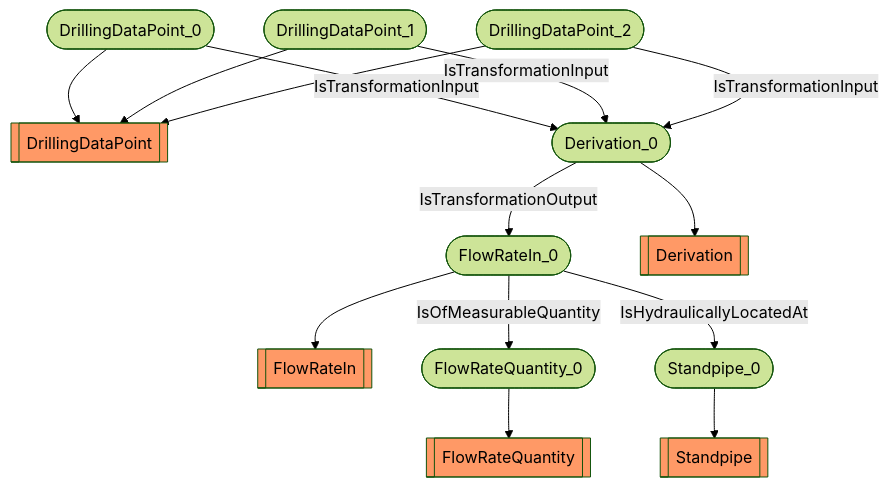
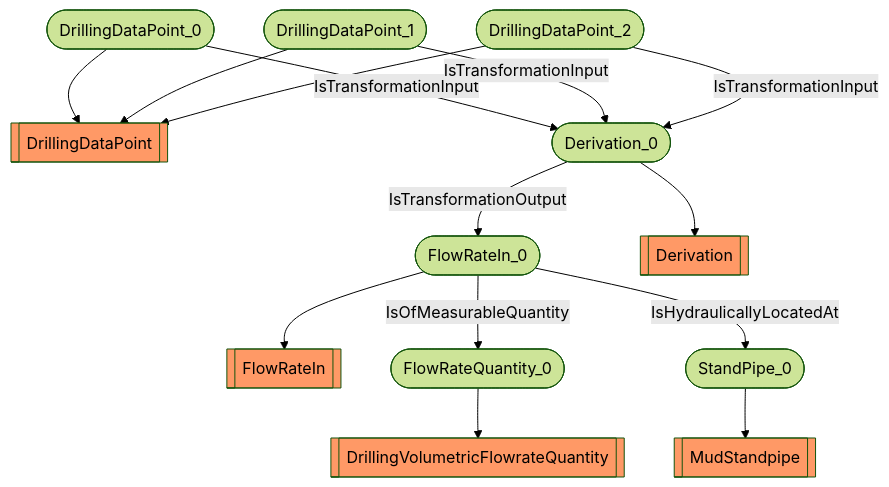
One commit to D-WIS/DDHub-Semantic-Interoperability changed the diagram in docs/vocabulary_development/auto-generated/md/examples/Flow-rate In.md. Above: the diagram before and after it, drawn with Mermaid (forest theme). The commit also changed other lines of this file and 36 other files, not shown here.

````diff
--- a/docs/vocabulary_development/auto-generated/md/examples/Flow-rate In.md
+++ b/docs/vocabulary_development/auto-generated/md/examples/Flow-rate In.md
@@ -15,18 +15,18 @@
 ```mermaid
 flowchart TD
 	 classDef typeClass fill:#f96;
 	 classDef classClass fill:#9dd0ff;
 	FlowRateIn_0([FlowRateIn_0]) --> FlowRateIn[[FlowRateIn]]:::typeClass
-	FlowRateQuantity_0([FlowRateQuantity_0]) --> FlowRateQuantity[[FlowRateQuantity]]:::typeClass
+	FlowRateQuantity_0([FlowRateQuantity_0]) --> DrillingVolumetricFlowrateQuantity[[DrillingVolumetricFlowrateQuantity]]:::typeClass
 	DrillingDataPoint_0([DrillingDataPoint_0]) --> DrillingDataPoint[[DrillingDataPoint]]:::typeClass
 	Derivation_0([Derivation_0]) --> Derivation[[Derivation]]:::typeClass
 	DrillingDataPoint_1([DrillingDataPoint_1]) --> DrillingDataPoint[[DrillingDataPoint]]:::typeClass
 	DrillingDataPoint_2([DrillingDataPoint_2]) --> DrillingDataPoint[[DrillingDataPoint]]:::typeClass
-	Standpipe_0([Standpipe_0]) --> Standpipe[[Standpipe]]:::typeClass
+	StandPipe_0([StandPipe_0]) --> MudStandpipe[[MudStandpipe]]:::typeClass
 	 FlowRateIn_0 -- IsOfMeasurableQuantity --> FlowRateQuantity_0 
 	 DrillingDataPoint_0 -- IsTransformationInput --> Derivation_0 
 	 DrillingDataPoint_1 -- IsTransformationInput --> Derivation_0 
 	 DrillingDataPoint_2 -- IsTransformationInput --> Derivation_0 
 	 Derivation_0 -- IsTransformationOutput --> FlowRateIn_0 
-	 FlowRateIn_0 -- IsHydraulicallyLocatedAt --> Standpipe_0 
+	 FlowRateIn_0 -- IsHydraulicallyLocatedAt --> StandPipe_0 
 ```
````
